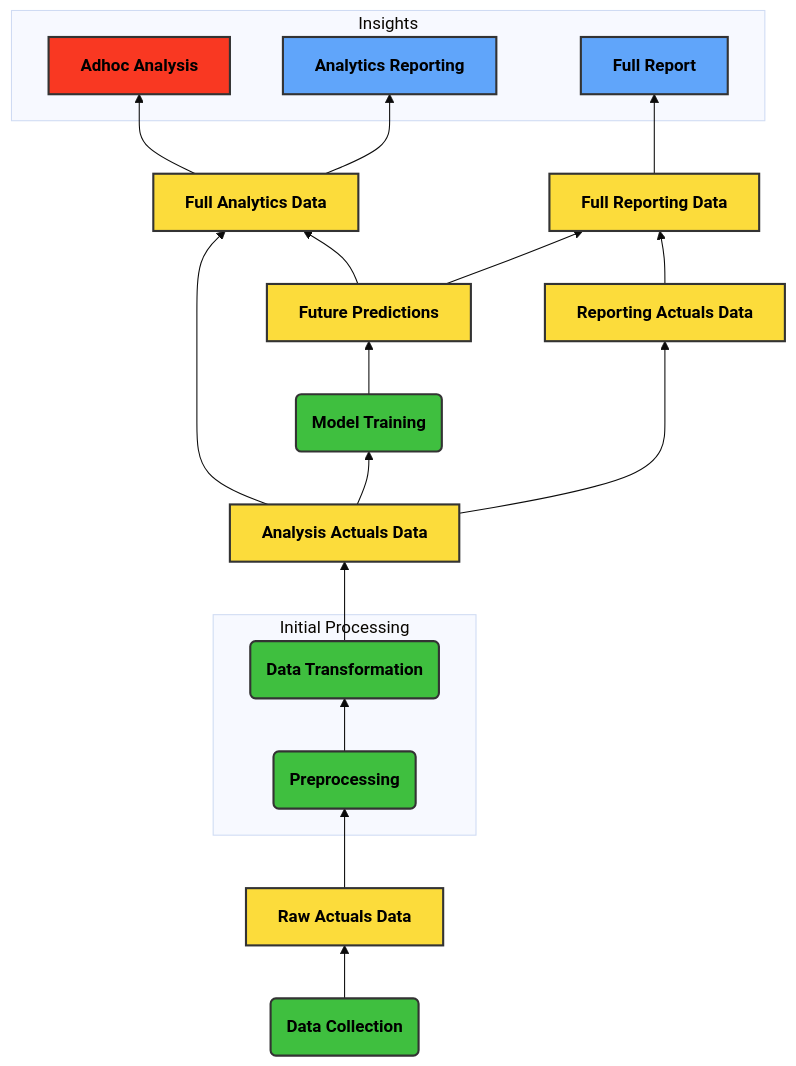
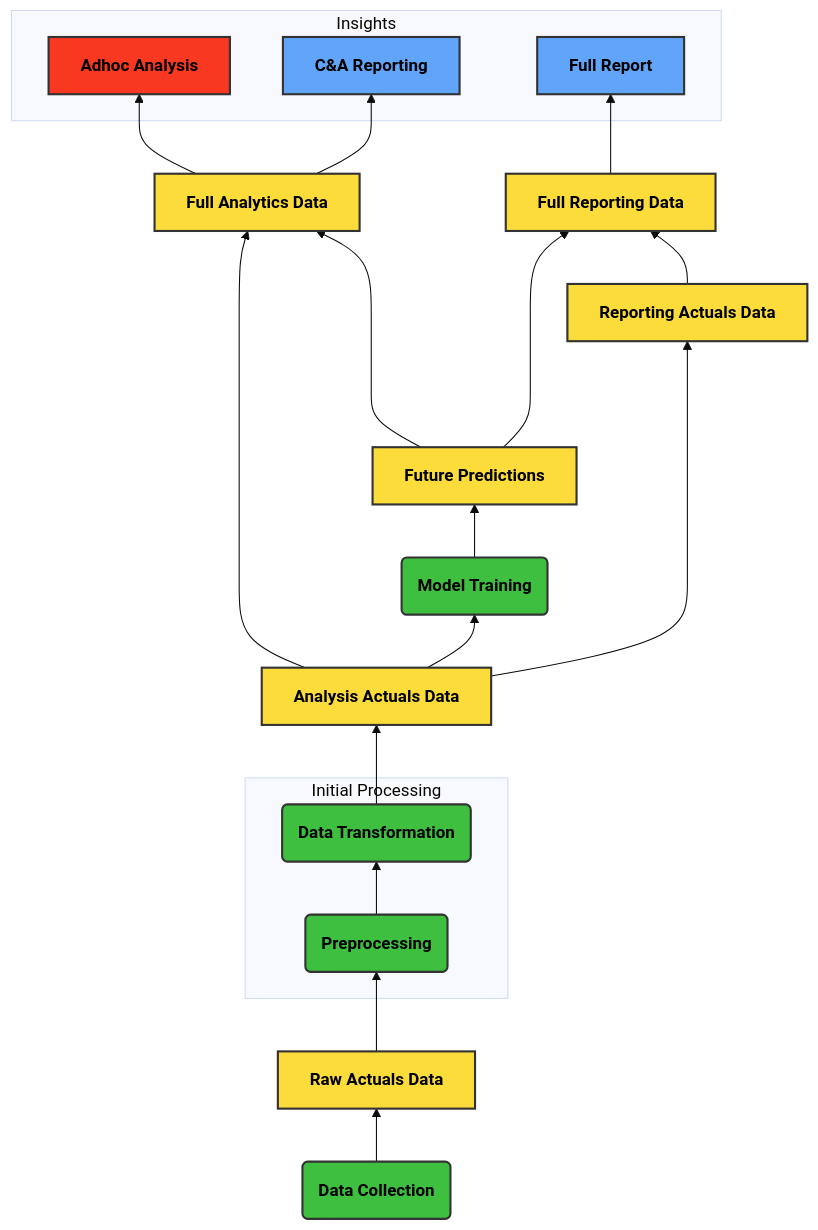
The diagram in docs/diagrams/templates/mermaid_data_flow.md (fredapires/fp-data-toolbox), drawn with Mermaid (base theme) before and after one commit. The commit also changed other lines of this file, not shown here.

Commit message:
small changes to diagram template

````diff
--- a/docs/diagrams/templates/mermaid_data_flow.md
+++ b/docs/diagrams/templates/mermaid_data_flow.md
@@ -12,49 +12,48 @@
 ```mermaid
 graph BT;
 %%%% Define Nodes
-
-collect(Data Collection):::process
-actuals_raw[Raw Actuals Data]:::data_stored
-subgraph initial_processing [Initial Processing]
-    preprocess(Preprocessing):::process
-    transform(Data Transformation):::process
-end
-
-train(Model Training):::process
-
-prediction[Future Predictions]:::data_stored
-actuals_analysis[Analysis Actuals Data]:::data_stored
-reporting_actuals_data[Reporting Actuals Data]:::data_stored
-reporting_data[Full Reporting Data]:::data_stored
-analytics_data[Full Analytics Data]:::data_stored
 subgraph insights [Insights]
     analyze_adhoc[Adhoc Analysis]:::analysis
-    reporting_analytics[Analytics Reporting]:::reporting
+    ca_reporting[C&A Reporting]:::reporting
     reporting_full[Full Report]:::reporting
 end
 
+analytics_data[Full Analytics Data]:::data_stored
+reporting_data[Full Reporting Data]:::data_stored
+reporting_actuals_data[Reporting Actuals Data]:::data_stored
+actuals_analysis[Analysis Actuals Data]:::data_stored
+prediction[Future Predictions]:::data_stored
+train(Model Training):::process
+
+subgraph initial_processing [Initial Processing]
+    transform(Data Transformation):::process
+    preprocess(Preprocessing):::process
+end
+actuals_raw[Raw Actuals Data]:::data_stored
+collect(Data Collection):::process
+
 %%%% Define connections
+actuals_analysis ----> reporting_actuals_data
+analytics_data --> ca_reporting
+analytics_data --> analyze_adhoc
+actuals_analysis ----> analytics_data
+reporting_data --> reporting_full
+prediction ----> reporting_data
+reporting_actuals_data --> reporting_data
+prediction ----> analytics_data
+train --> prediction
+actuals_analysis --> train
+transform --> actuals_analysis
+preprocess --> transform
+actuals_raw --> preprocess
 collect --> actuals_raw
-actuals_raw --> preprocess
-preprocess --> transform
-transform --> actuals_analysis
-actuals_analysis --> train
-actuals_analysis --> reporting_actuals_data
-reporting_actuals_data --> reporting_data
-train --> prediction
-prediction --> analytics_data
-actuals_analysis --> analytics_data
-analytics_data --> analyze_adhoc
-analytics_data --> reporting_analytics
-prediction --> reporting_data
-reporting_data --> reporting_full
 
 %%%% Define the styling for the diagram
 classDef default fill:#C2C2C2,stroke:#333,stroke-width:2px,color:black,font-weight:bold;
 %%%%
 classDef data_interim fill:#F97316,stroke:#333,stroke-width:2px,color:black;
 classDef data_stored fill:#FCDC3B,stroke:#333,stroke-width:2px,color:black;
 classDef process fill:#3FBF3F,stroke:#333,stroke-width:2px,color:black;
 classDef reporting fill:#60A5FA,stroke:#333,stroke-width:2px,color:black;
 classDef analysis fill:#F93822,stroke:#333,stroke-width:2px,color:black;
 ```
````
